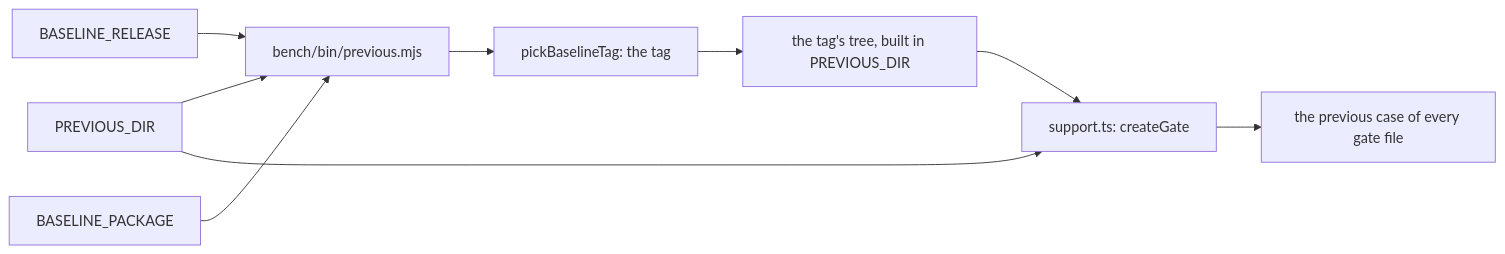
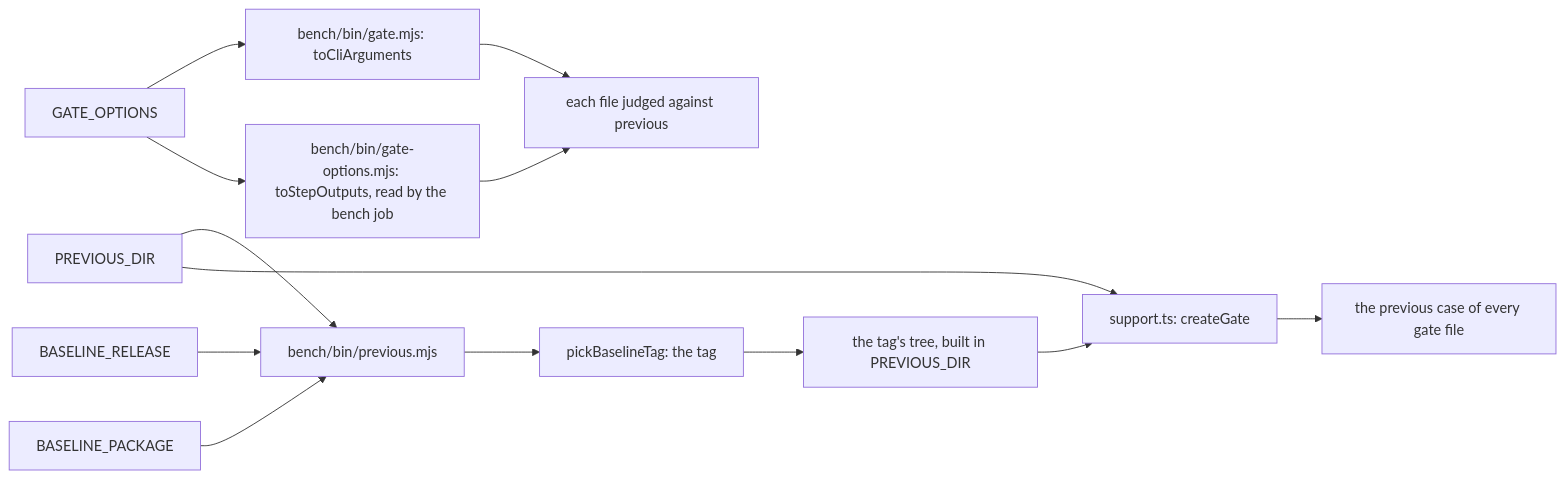
Before and after one commit to soroush-tech/umber-style: the diagram in bench/gate/baseline.md, drawn with Mermaid. The commit also changed other lines of this file and 124 other files, not shown here.

Commit message:
feat: a theme is recognised by its contents, server components take a nonce for each request, class names are read and written whole, three development checks, and the benchmark tools at soroush-bench 2.3.0 and bench-action 1.2.0 - close #61, close #62, close #63, close #64, close #65

````diff
--- a/bench/gate/baseline.md
+++ b/bench/gate/baseline.md
@@ -23,11 +28,15 @@
 ```mermaid
 flowchart LR
   release["BASELINE_RELEASE"] --> previous["bench/bin/previous.mjs"]
   name["BASELINE_PACKAGE"] --> previous
   dir["PREVIOUS_DIR"] --> previous
   previous --> pick["pickBaselineTag: the tag"]
   pick --> build["the tag's tree, built in PREVIOUS_DIR"]
   dir --> support["support.ts: createGate"]
   build --> support
   support --> cases["the previous case of every gate file"]
+  options["GATE_OPTIONS"] --> gateScript["bench/bin/gate.mjs: toCliArguments"]
+  options --> stepOutputs["bench/bin/gate-options.mjs: toStepOutputs, read by the bench job"]
+  gateScript --> judged["each file judged against previous"]
+  stepOutputs --> judged
 ```
````
